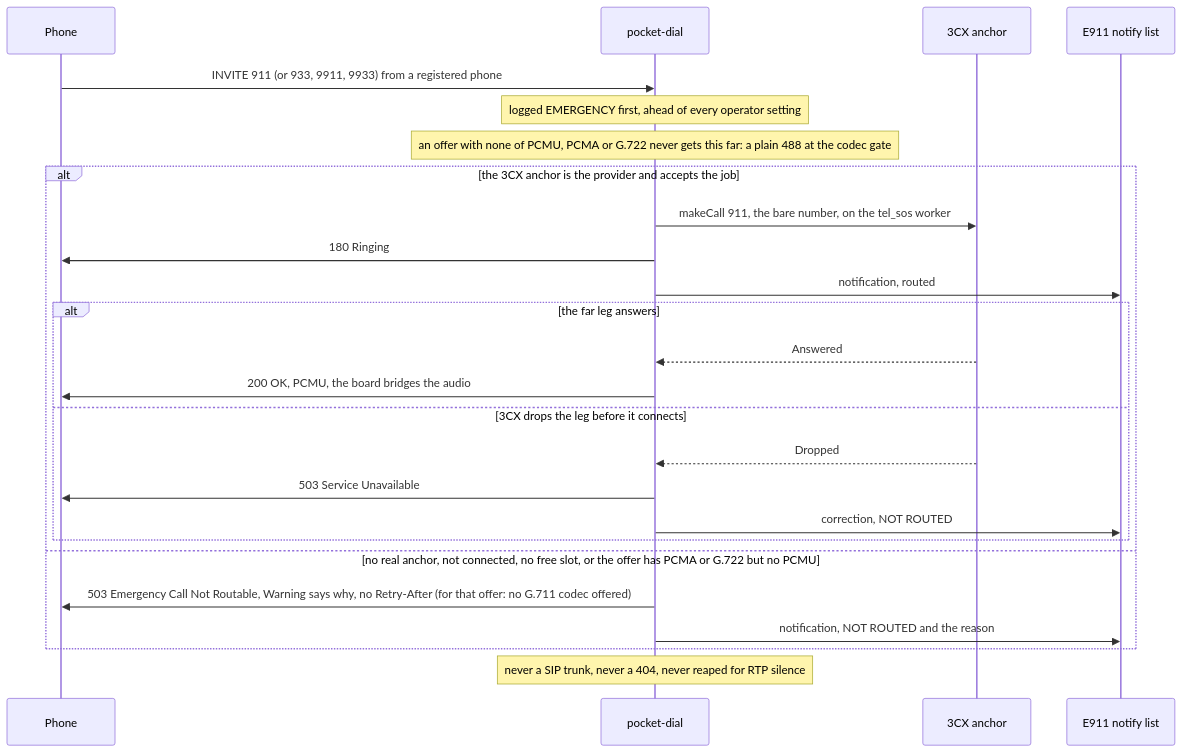
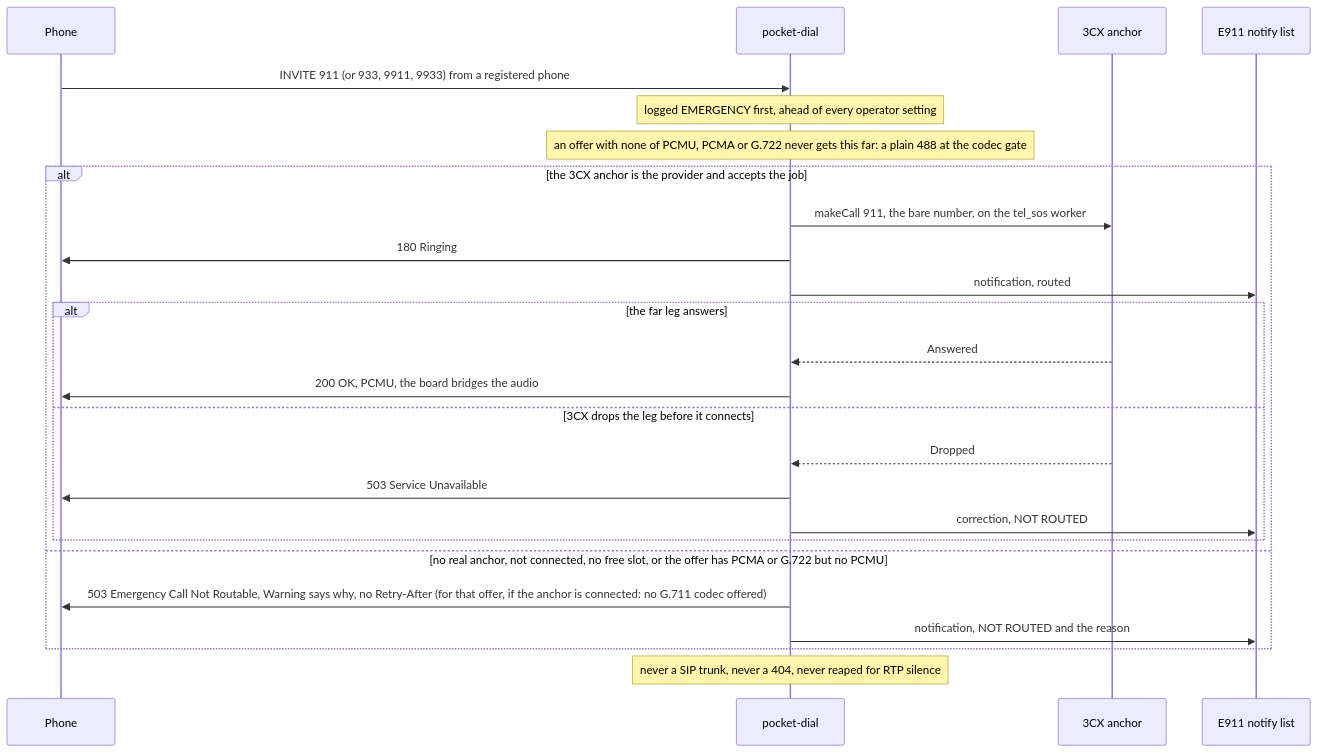
One commit to GlomarGadaffi/pocket-dial changed the fifth of 7 diagrams in README.md. Above: the diagram before and after it, drawn with Mermaid. The commit also changed 4 other files, not shown here.

First line of the commit message:
docs: fix hardware titles, qualify emergency 503 warning

````diff
--- a/README.md
+++ b/README.md
@@ -115,27 +115,27 @@
 ```mermaid
 sequenceDiagram
     participant H as Phone
     participant P as pocket-dial
     participant X as 3CX anchor
     participant N as E911 notify list
     H->>P: INVITE 911 (or 933, 9911, 9933) from a registered phone
     Note over P: logged EMERGENCY first, ahead of every operator setting
     Note over P: an offer with none of PCMU, PCMA or G.722 never gets this far: a plain 488 at the codec gate
     alt the 3CX anchor is the provider and accepts the job
         P->>X: makeCall 911, the bare number, on the tel_sos worker
         P->>H: 180 Ringing
         P->>N: notification, routed
         alt the far leg answers
             X-->>P: Answered
             P->>H: 200 OK, PCMU, the board bridges the audio
         else 3CX drops the leg before it connects
             X-->>P: Dropped
             P->>H: 503 Service Unavailable
             P->>N: correction, NOT ROUTED
         end
     else no real anchor, not connected, no free slot, or the offer has PCMA or G.722 but no PCMU
-        P->>H: 503 Emergency Call Not Routable, Warning says why, no Retry-After (for that offer: no G.711 codec offered)
+        P->>H: 503 Emergency Call Not Routable, Warning says why, no Retry-After (for that offer, if the anchor is connected: no G.711 codec offered)
         P->>N: notification, NOT ROUTED and the reason
     end
     Note over P: never a SIP trunk, never a 404, never reaped for RTP silence
 ```
````
